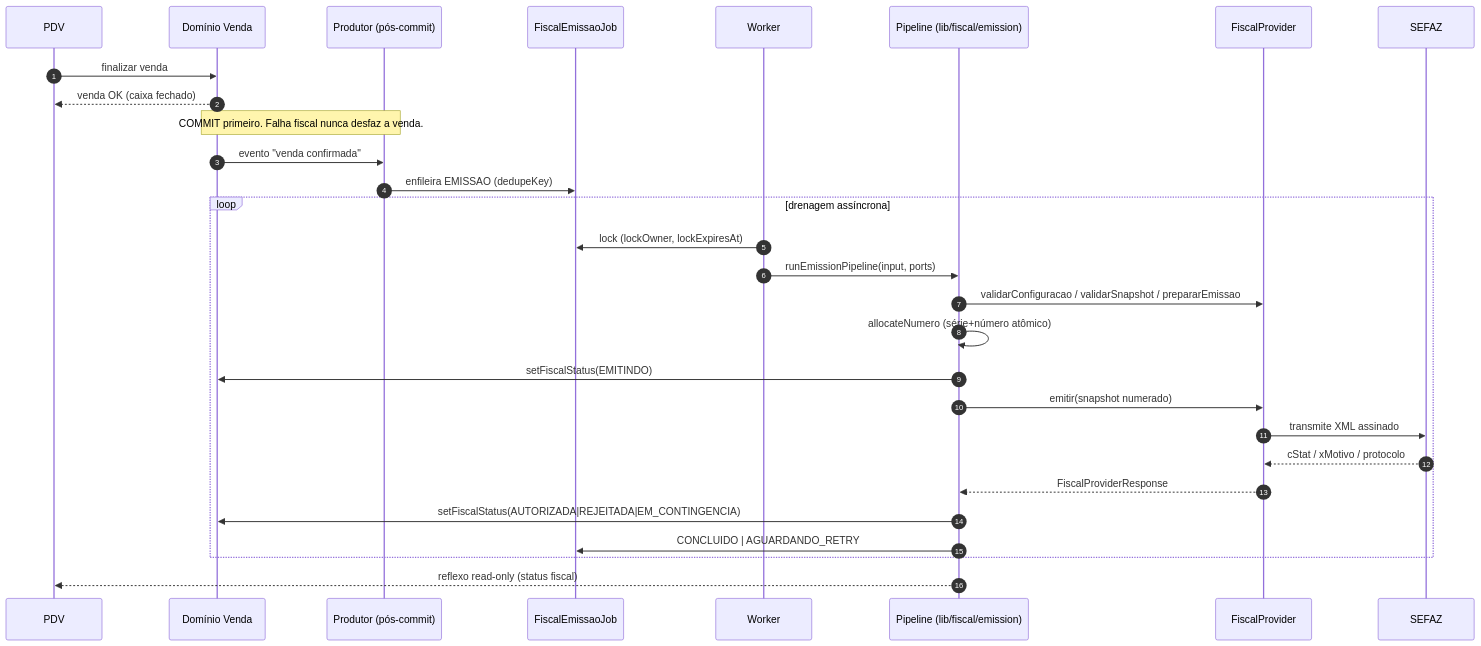
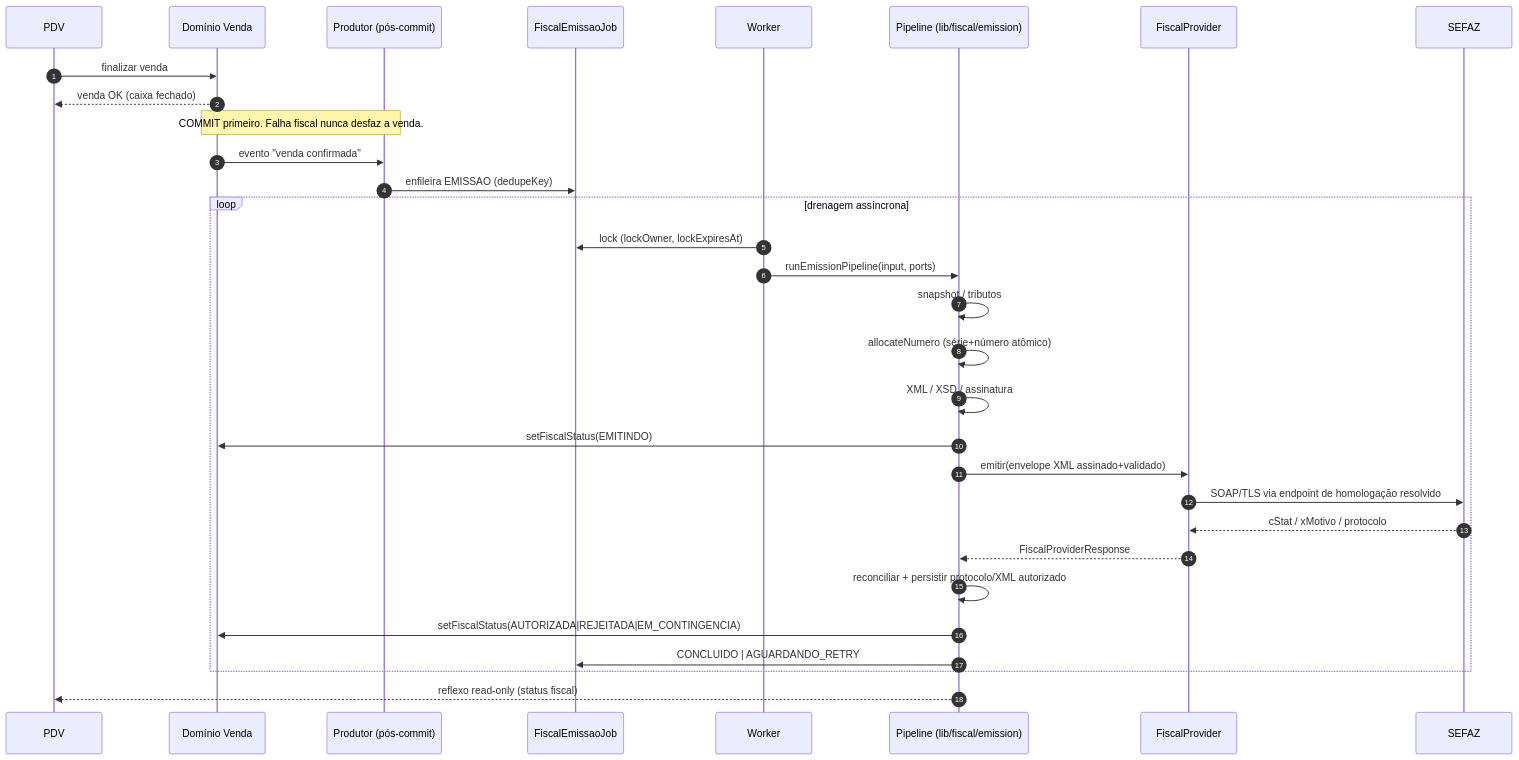
Before and after one commit to rafaelfaria49-png/omni-gestao-pro-pdv-claude: the second of 4 diagrams in docs/architecture/NFCE_ARCHITECTURE.md, drawn with Mermaid. The commit also changed other lines of this file and 9 other files, not shown here.

````diff
--- a/docs/architecture/NFCE_ARCHITECTURE.md
+++ b/docs/architecture/NFCE_ARCHITECTURE.md
@@ -58,32 +62,34 @@
 ```mermaid
 sequenceDiagram
   autonumber
   participant PDV
   participant Venda as Domínio Venda
   participant Prod as Produtor (pós-commit)
   participant Job as FiscalEmissaoJob
   participant Wk as Worker
   participant Pipe as Pipeline (lib/fiscal/emission)
   participant Prov as FiscalProvider
   participant SEFAZ
 
   PDV->>Venda: finalizar venda
   Venda-->>PDV: venda OK (caixa fechado)
   Note over Venda,Prod: COMMIT primeiro. Falha fiscal nunca desfaz a venda.
   Venda->>Prod: evento "venda confirmada"
   Prod->>Job: enfileira EMISSAO (dedupeKey)
   loop drenagem assíncrona
     Wk->>Job: lock (lockOwner, lockExpiresAt)
     Wk->>Pipe: runEmissionPipeline(input, ports)
-    Pipe->>Prov: validarConfiguracao / validarSnapshot / prepararEmissao
+    Pipe->>Pipe: snapshot / tributos
     Pipe->>Pipe: allocateNumero (série+número atômico)
+    Pipe->>Pipe: XML / XSD / assinatura
     Pipe->>Venda: setFiscalStatus(EMITINDO)
-    Pipe->>Prov: emitir(snapshot numerado)
-    Prov->>SEFAZ: transmite XML assinado
+    Pipe->>Prov: emitir(envelope XML assinado+validado)
+    Prov->>SEFAZ: SOAP/TLS via endpoint de homologação resolvido
     SEFAZ-->>Prov: cStat / xMotivo / protocolo
     Prov-->>Pipe: FiscalProviderResponse
+    Pipe->>Pipe: reconciliar + persistir protocolo/XML autorizado
     Pipe->>Venda: setFiscalStatus(AUTORIZADA|REJEITADA|EM_CONTINGENCIA)
     Pipe->>Job: CONCLUIDO | AGUARDANDO_RETRY
   end
   Pipe-->>PDV: reflexo read-only (status fiscal)
 ```
````
